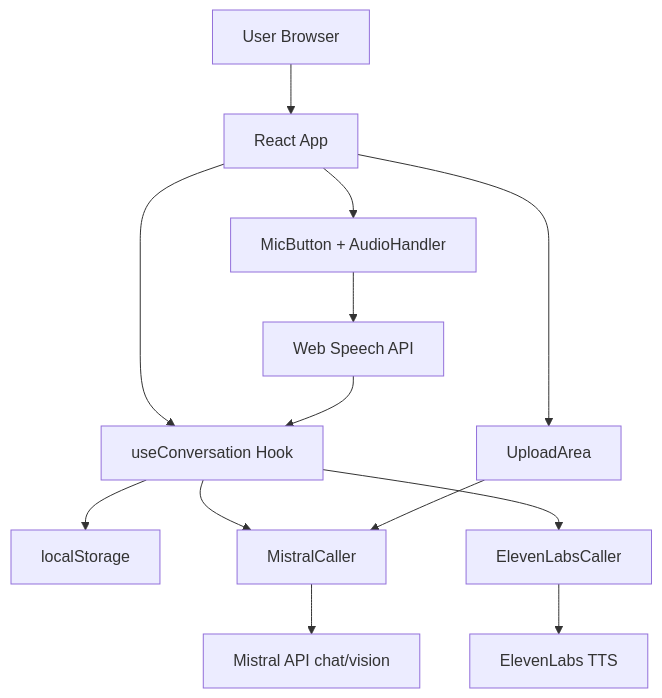
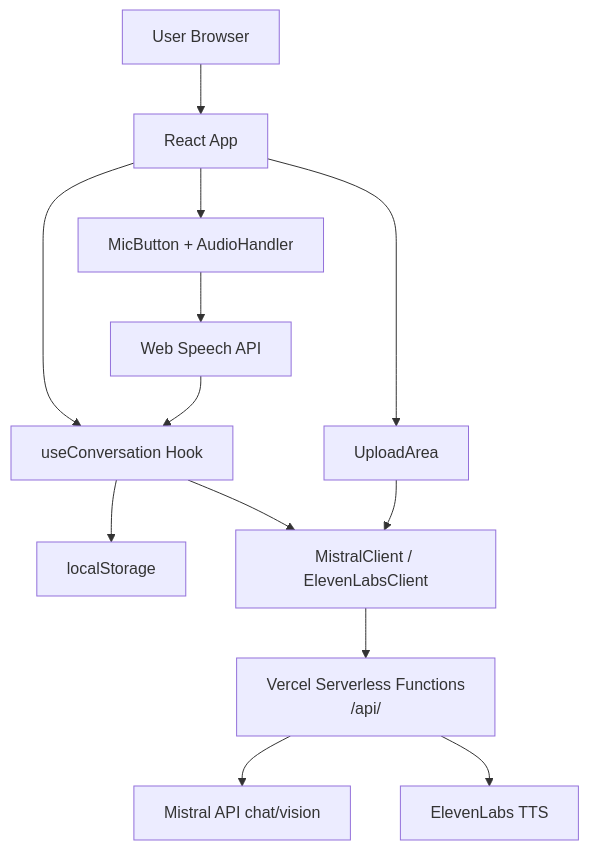
The diagram in docs/mvp/design.md (2222-42/ink_echo), drawn with Mermaid before and after one commit. The commit also changed other lines of this file and 1 other file, not shown here.

````diff
--- a/docs/mvp/design.md
+++ b/docs/mvp/design.md
@@ -115,15 +126,15 @@
 ```mermaid
 graph TD
     A[User Browser] --> B[React App]
     B --> C[useConversation Hook]
     C --> D[localStorage]
     B --> E[MicButton + AudioHandler]
     E --> F[Web Speech API]
     F --> C
-    C --> G[MistralCaller]
-    G --> H[Mistral API chat/vision]
-    C --> I[ElevenLabsCaller]
-    I --> J[ElevenLabs TTS]
+    C --> G[MistralClient / ElevenLabsClient]
+    G --> H[Vercel Serverless Functions <br/> /api/ ]
+    H --> I[Mistral API chat/vision]
+    H --> J[ElevenLabs TTS]
     B --> K[UploadArea]
     K --> G
 ```
````
